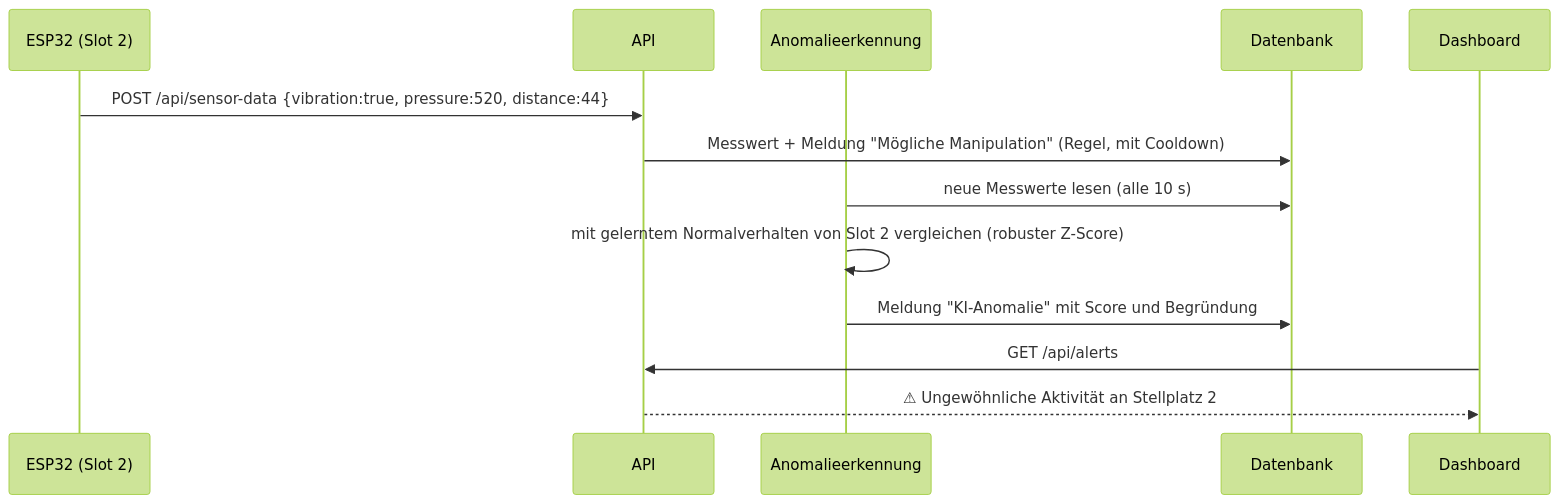
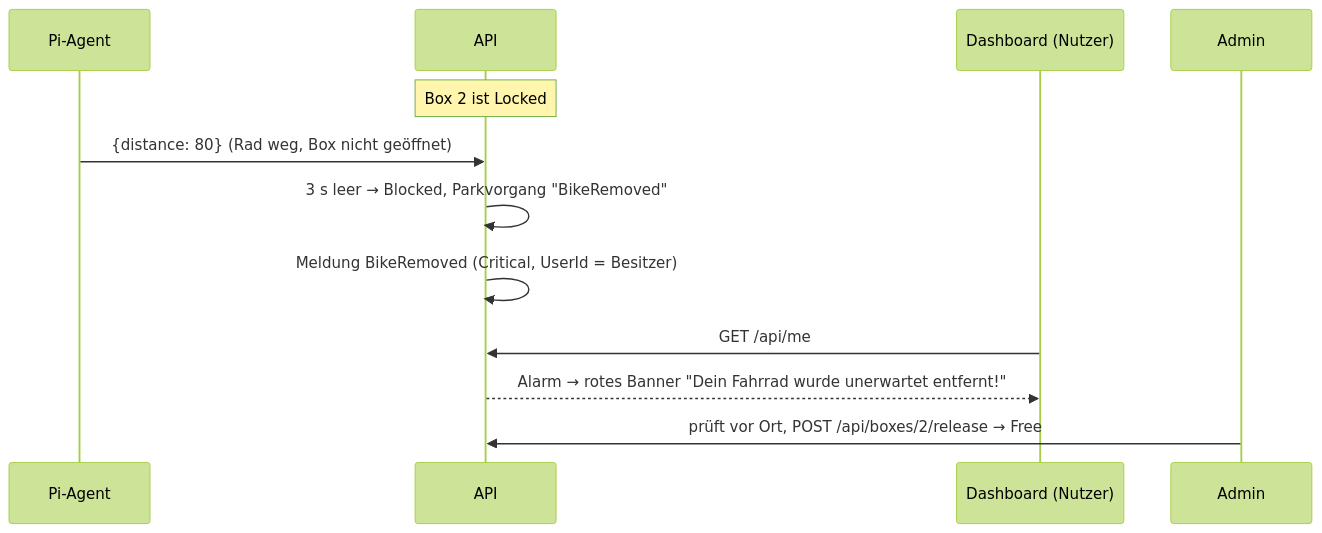
One commit to LaurenzBonke/Bikestation changed the fifth of 5 diagrams in docs/ARCHITEKTUR.md. Above: the diagram before and after it, drawn with Mermaid (forest theme). The commit also changed other lines of this file, not shown here.

Commit message:
Doku: Box-Konzept, Zustands- und ER-Diagramm, Abläufe, neue Endpunkte

````diff
--- a/docs/ARCHITEKTUR.md
+++ b/docs/ARCHITEKTUR.md
@@ -100,16 +164,15 @@
 ```mermaid
 sequenceDiagram
-    participant E as ESP32 (Slot 2)
+    participant P as Pi-Agent
     participant A as API
-    participant W as Anomalieerkennung
-    participant D as Datenbank
-    participant B as Dashboard
+    participant F as Dashboard (Nutzer)
+    participant AD as Admin
 
-    E->>A: POST /api/sensor-data {vibration:true, pressure:520, distance:44}
-    A->>D: Messwert + Meldung "Mögliche Manipulation" (Regel, mit Cooldown)
-    W->>D: neue Messwerte lesen (alle 10 s)
-    W->>W: mit gelerntem Normalverhalten von Slot 2 vergleichen (robuster Z-Score)
-    W->>D: Meldung "KI-Anomalie" mit Score und Begründung
-    B->>A: GET /api/alerts
-    A-->>B: ⚠ Ungewöhnliche Aktivität an Stellplatz 2
+    Note over A: Box 2 ist Locked
+    P->>A: {distance: 80} (Rad weg, Box nicht geöffnet)
+    A->>A: 3 s leer → Blocked, Parkvorgang "BikeRemoved"
+    A->>A: Meldung BikeRemoved (Critical, UserId = Besitzer)
+    F->>A: GET /api/me
+    A-->>F: Alarm → rotes Banner "Dein Fahrrad wurde unerwartet entfernt!"
+    AD->>A: prüft vor Ort, POST /api/boxes/2/release → Free
 ```
````
